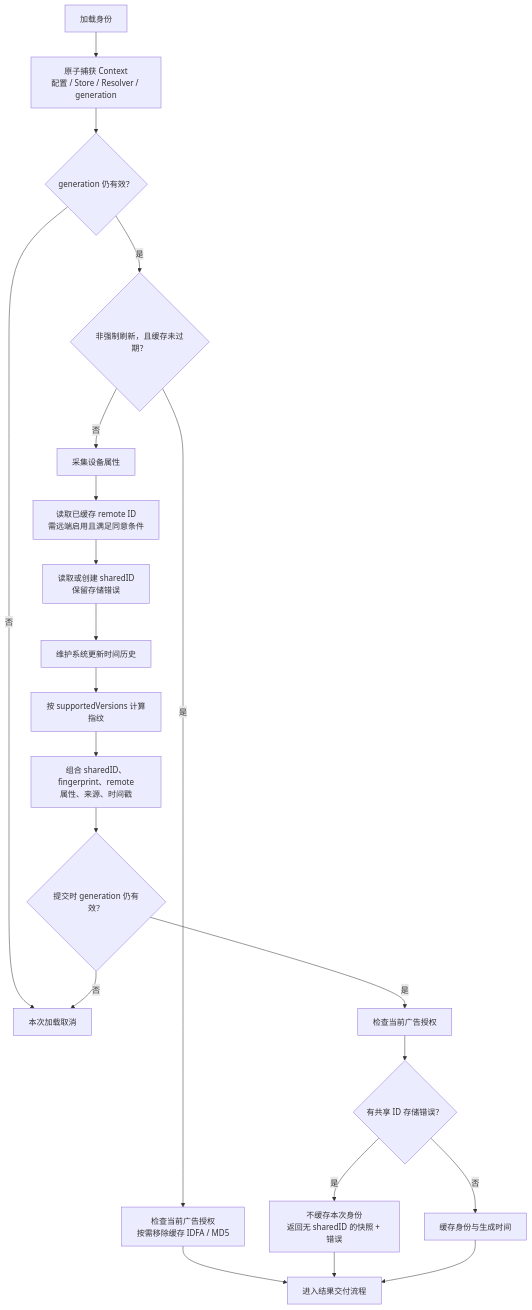
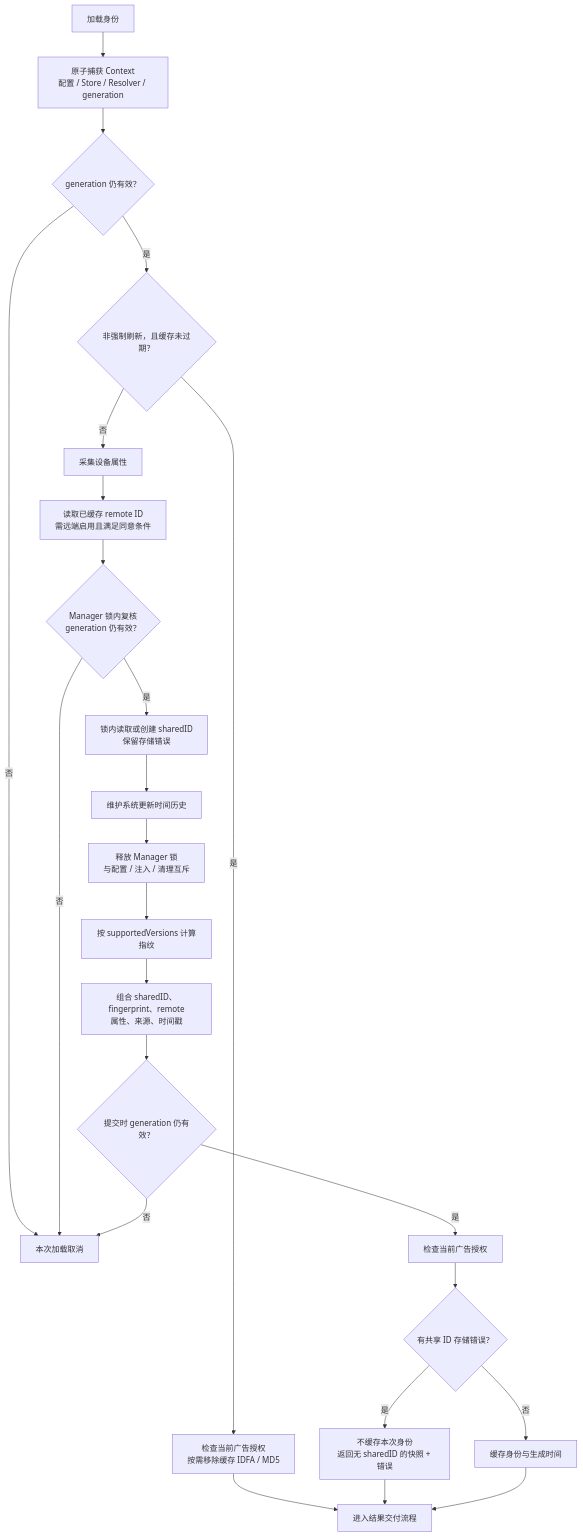
The third of 14 diagrams in PBCrossAppUniqueDeviceIdentifier/Docs/FeatureFlows.md (shanbozhu/TestOC), drawn with Mermaid before and after one commit. The commit also changed other lines of this file and 13 other files, not shown here.

````diff
--- a/PBCrossAppUniqueDeviceIdentifier/Docs/FeatureFlows.md
+++ b/PBCrossAppUniqueDeviceIdentifier/Docs/FeatureFlows.md
@@ -89,23 +89,26 @@
 ```mermaid
 flowchart TD
     Start["加载身份"] --> Context["原子捕获 Context<br/>配置 / Store / Resolver / generation"]
     Context --> Valid{"generation 仍有效？"}
     Valid -->|否| Cancel["本次加载取消"]
     Valid -->|是| Hit{"非强制刷新，且缓存未过期？"}
     Hit -->|是| Cached["检查当前广告授权<br/>按需移除缓存 IDFA / MD5"]
     Cached --> Return["进入结果交付流程"]
     Hit -->|否| Collect["采集设备属性"]
     Collect --> Remote["读取已缓存 remote ID<br/>需远端启用且满足同意条件"]
-    Remote --> Shared["读取或创建 sharedID<br/>保留存储错误"]
+    Remote --> StorageLock{"Manager 锁内复核<br/>generation 仍有效？"}
+    StorageLock -->|否| Cancel
+    StorageLock -->|是| Shared["锁内读取或创建 sharedID<br/>保留存储错误"]
     Shared --> History["维护系统更新时间历史"]
-    History --> Generate["按 supportedVersions 计算指纹"]
+    History --> Unlock["释放 Manager 锁<br/>与配置 / 注入 / 清理互斥"]
+    Unlock --> Generate["按 supportedVersions 计算指纹"]
     Generate --> Build["组合 sharedID、fingerprint、remote<br/>属性、来源、时间戳"]
     Build --> Commit{"提交时 generation 仍有效？"}
     Commit -->|否| Cancel
     Commit -->|是| Sanitize["检查当前广告授权"]
     Sanitize --> Error{"有共享 ID 存储错误？"}
     Error -->|是| Partial["不缓存本次身份<br/>返回无 sharedID 的快照 + 错误"]
     Error -->|否| Save["缓存身份与生成时间"]
     Partial --> Return
     Save --> Return
 ```
````
